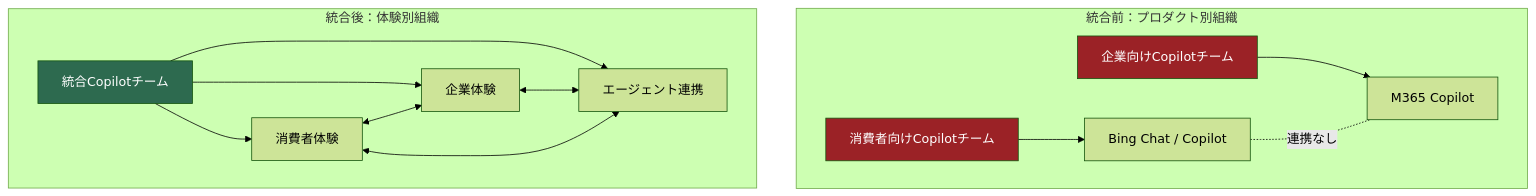
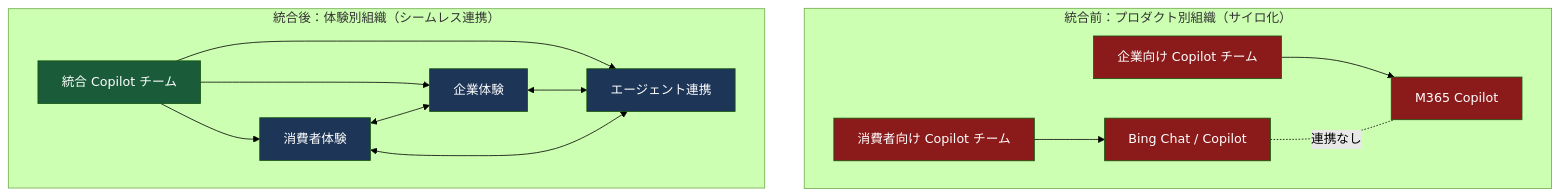
Before and after one commit to Leading-AI-IO/the-ai-organization: the fifth of 14 diagrams in docs/jp/the-ai-organization_JP.md, drawn with Mermaid (forest theme). The commit also changed other lines of this file, not shown here.

````diff
--- a/docs/jp/the-ai-organization_JP.md
+++ b/docs/jp/the-ai-organization_JP.md
@@ -402,21 +390,32 @@
 ```mermaid
 graph TD
-    subgraph "統合前：プロダクト別組織"
-        A1[消費者向けCopilotチーム] --> B1[Bing Chat / Copilot]
-        A2[企業向けCopilotチーム] --> B2[M365 Copilot]
+    subgraph BEFORE["統合前：プロダクト別組織（サイロ化）"]
+        A1["消費者向け Copilot チーム"]
+        A2["企業向け Copilot チーム"]
+        B1["Bing Chat / Copilot"]
+        B2["M365 Copilot"]
+        A1 --> B1
+        A2 --> B2
         B1 -.-|"連携なし"| B2
     end
 
-    subgraph "統合後：体験別組織"
-        C[統合Copilotチーム] --> D1[消費者体験]
-        C --> D2[企業体験]
-        C --> D3[エージェント連携]
+    subgraph AFTER["統合後：体験別組織（シームレス連携）"]
+        C["統合 Copilot チーム"]
+        D1["消費者体験"]
+        D2["企業体験"]
+        D3["エージェント連携"]
+        C --> D1 & D2 & D3
         D1 <--> D2
         D2 <--> D3
         D1 <--> D3
     end
 
-    style A1 fill:#9b2226,color:#fff
-    style A2 fill:#9b2226,color:#fff
-    style C fill:#2d6a4f,color:#fff
+    style A1 fill:#8b1a1a,color:#fff
+    style A2 fill:#8b1a1a,color:#fff
+    style B1 fill:#8b1a1a,color:#fff
+    style B2 fill:#8b1a1a,color:#fff
+    style C fill:#1a5c3a,color:#fff
+    style D1 fill:#1d3557,color:#fff
+    style D2 fill:#1d3557,color:#fff
+    style D3 fill:#1d3557,color:#fff
 ```
````
